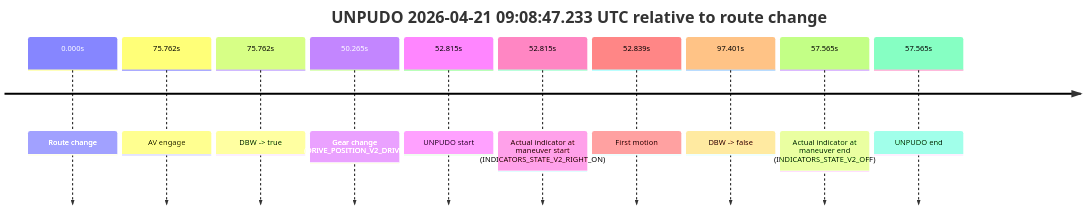
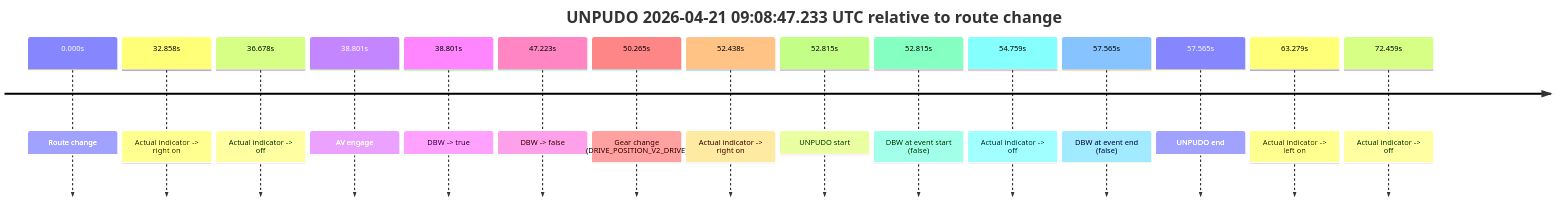
One commit to yoelshapiro/vault changed the second of 3 diagrams in model_analysis/report_cards/2026/04/Week-4/fme20030--2026-04-21--08-46-46--gen2-av-42ce672b-9055-4616-ada6-7ef452149847.md. Above: the diagram before and after it, drawn with Mermaid. The commit also changed other lines of this file and 85 other files, not shown here.

````diff
--- a/model_analysis/report_cards/2026/04/Week-4/fme20030--2026-04-21--08-46-46--gen2-av-42ce672b-9055-4616-ada6-7ef452149847.md
+++ b/model_analysis/report_cards/2026/04/Week-4/fme20030--2026-04-21--08-46-46--gen2-av-42ce672b-9055-4616-ada6-7ef452149847.md
@@ -215,14 +135,19 @@
 ```mermaid
 timeline
     title UNPUDO 2026-04-21 09:08:47.233 UTC relative to route change
     0.000s : Route change
-    75.762s : AV engage
-    75.762s : DBW -> true
+    32.858s : Actual indicator -> right on
+    36.678s : Actual indicator -> off
+    38.801s : AV engage
+    38.801s : DBW -> true
+    47.223s : DBW -> false
     50.265s : Gear change (DRIVE_POSITION_V2_DRIVE)
+    52.438s : Actual indicator -> right on
     52.815s : UNPUDO start
-    52.815s : Actual indicator at maneuver start (INDICATORS_STATE_V2_RIGHT_ON)
-    52.839s : First motion
-    97.401s : DBW -> false
-    57.565s : Actual indicator at maneuver end (INDICATORS_STATE_V2_OFF)
+    52.815s : DBW at event start (false)
+    54.759s : Actual indicator -> off
+    57.565s : DBW at event end (false)
     57.565s : UNPUDO end
+    63.279s : Actual indicator -> left on
+    72.459s : Actual indicator -> off
 ```
````
